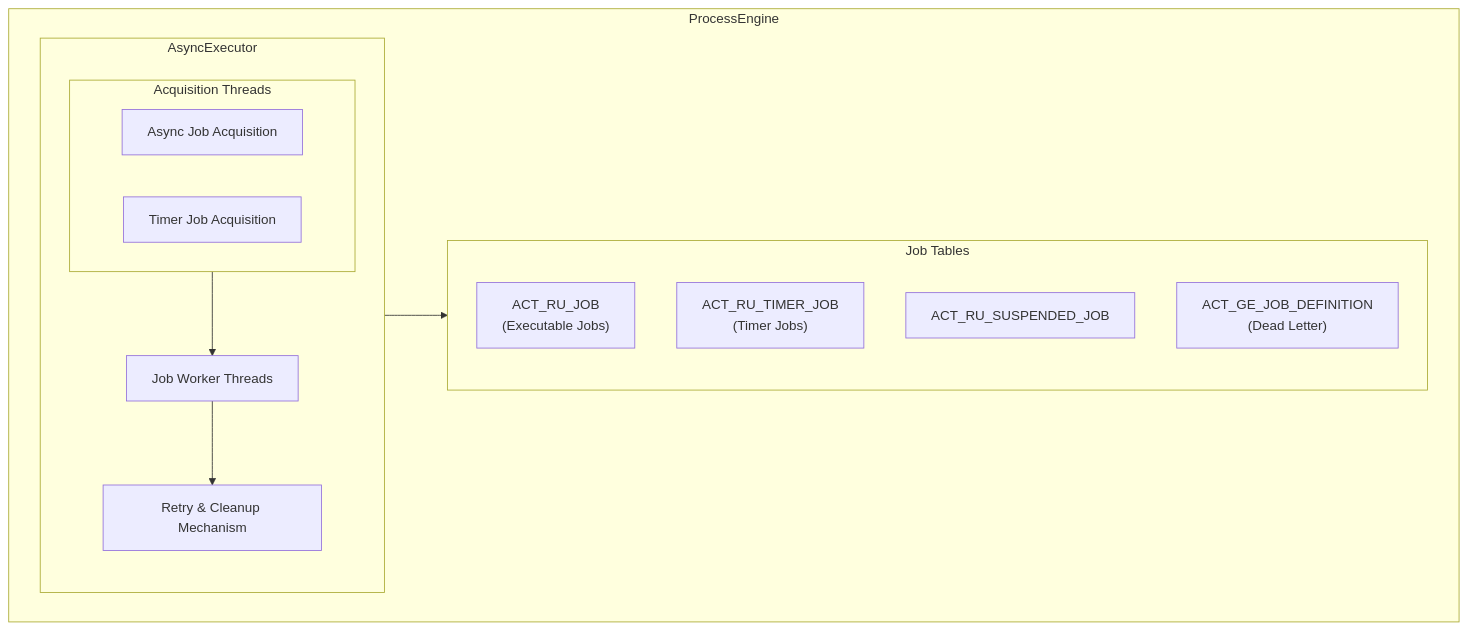
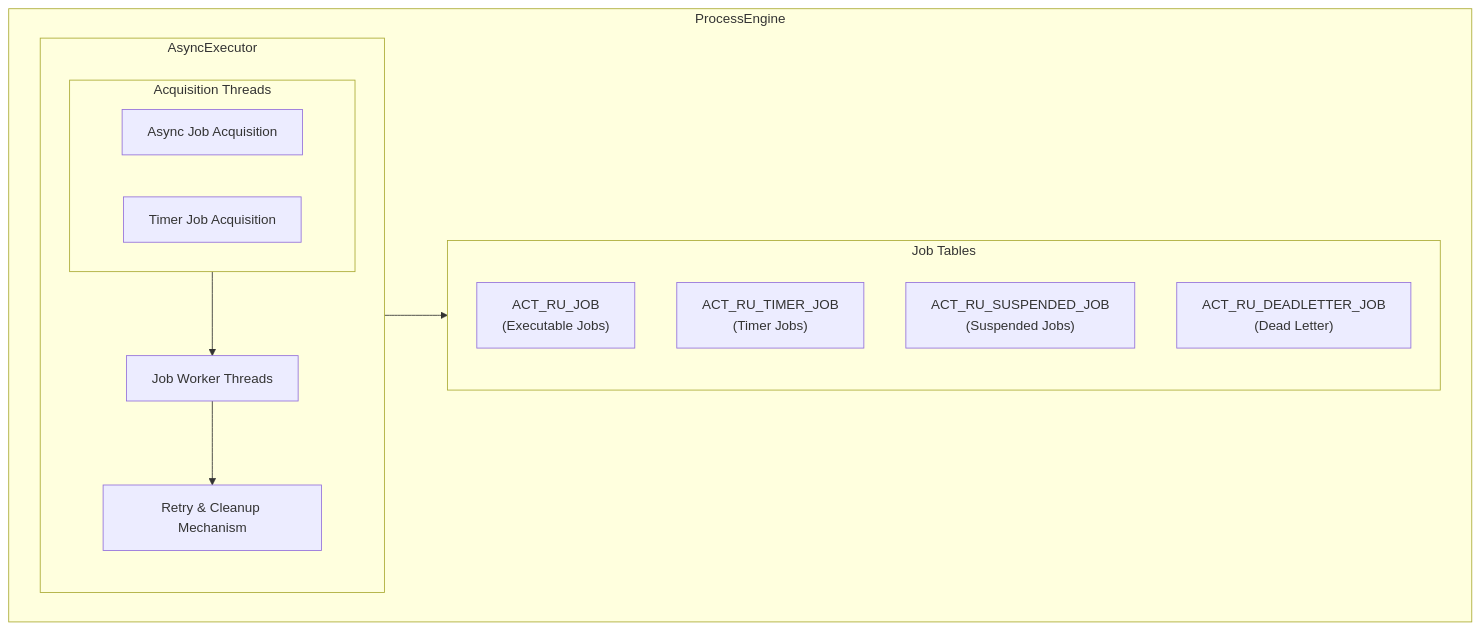
One commit to CaptainGlac1er/activiti-documentation changed the first of 2 diagrams in docs/api-reference/engine-api/async-execution.md. Above: the diagram before and after it, drawn with Mermaid. The commit also changed other lines of this file and 38 other files, not shown here.

````diff
--- a/docs/api-reference/engine-api/async-execution.md
+++ b/docs/api-reference/engine-api/async-execution.md
@@ -35,25 +35,25 @@
 ```mermaid
 flowchart TD
     subgraph ProcessEngine["ProcessEngine"]
         subgraph AsyncExecutor["AsyncExecutor"]
             direction TB
             subgraph AcquisitionThreads["Acquisition Threads"]
                 AsyncAcq["Async Job Acquisition"]
                 TimerAcq["Timer Job Acquisition"]
             end
             WorkerThreads["Job Worker Threads"]
             RetryMech["Retry & Cleanup Mechanism"]
         end
         
         subgraph JobTables["Job Tables"]
             ACT_RU_JOB["ACT_RU_JOB<br>(Executable Jobs)"]
             ACT_RU_TIMER_JOB["ACT_RU_TIMER_JOB<br>(Timer Jobs)"]
-            ACT_RU_SUSPENDED["ACT_RU_SUSPENDED_JOB"]
-            ACT_GE_JOB_DEF["ACT_GE_JOB_DEFINITION<br>(Dead Letter)"]
+            ACT_RU_SUSPENDED["ACT_RU_SUSPENDED_JOB<br>(Suspended Jobs)"]
+            ACT_RU_DEADLETTER["ACT_RU_DEADLETTER_JOB<br>(Dead Letter)"]
         end
     end
     
     AsyncExecutor --> JobTables
     AcquisitionThreads --> WorkerThreads
     WorkerThreads --> RetryMech
 ```
````
